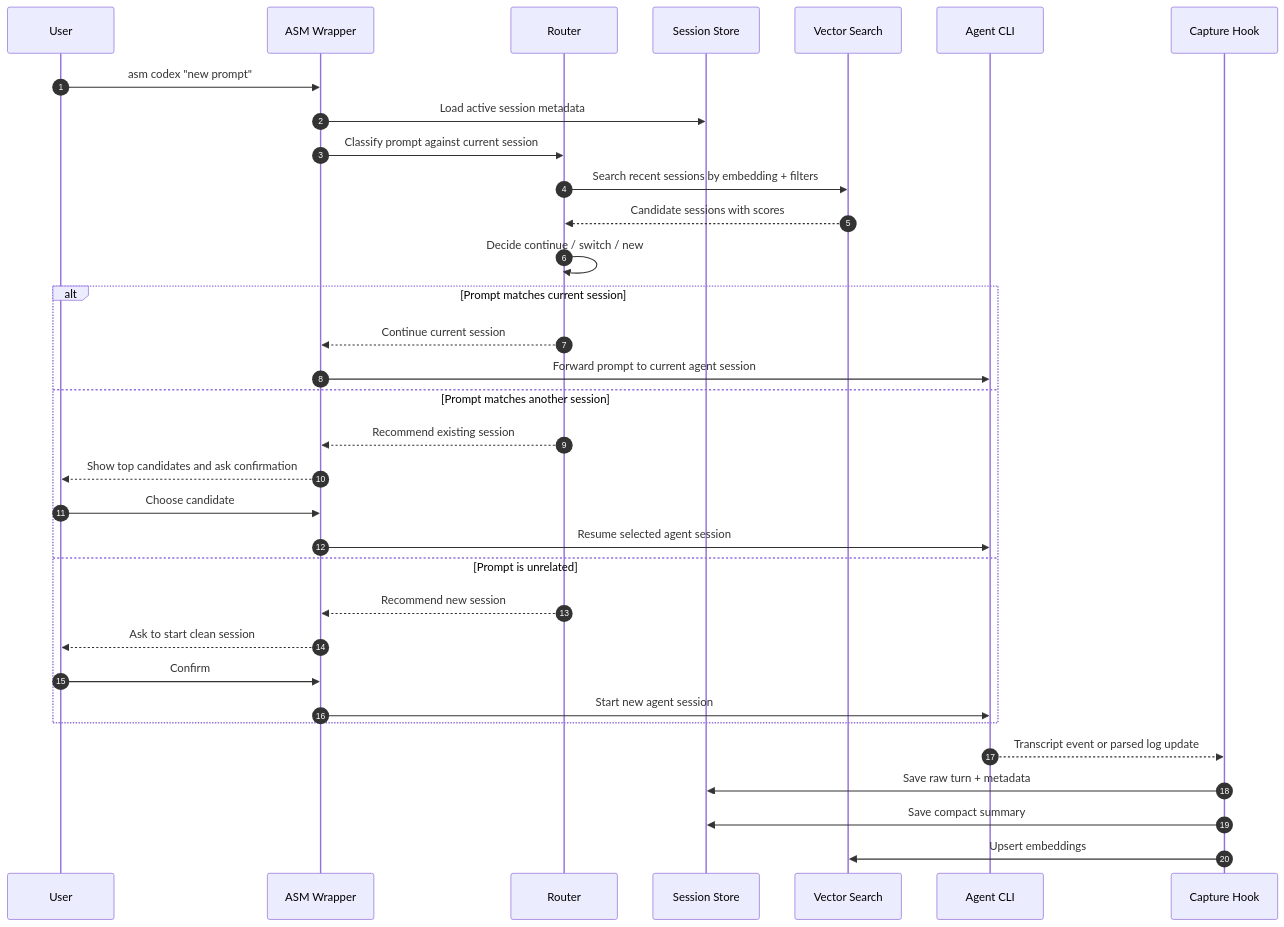
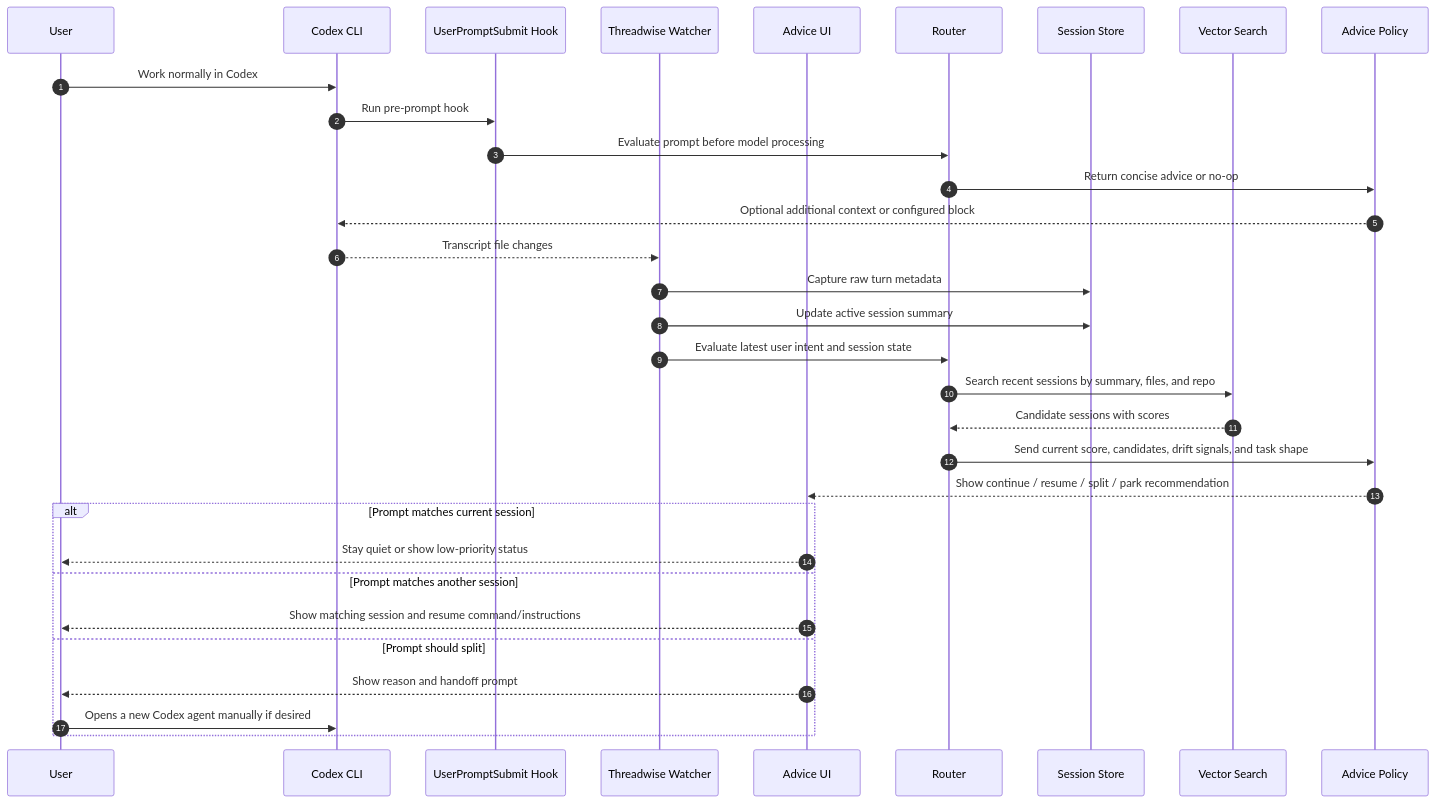
One commit to amir-h-rassafi/threadwise changed the second of 4 diagrams in docs/architecture.md. Above: the diagram before and after it, drawn with Mermaid. The commit also changed other lines of this file and 1 other file, not shown here.

````diff
--- a/docs/architecture.md
+++ b/docs/architecture.md
@@ -47,38 +84,36 @@
 ```mermaid
 sequenceDiagram
     autonumber
     participant U as User
-    participant W as ASM Wrapper
+    participant A as Codex CLI
+    participant H as UserPromptSubmit Hook
+    participant W as Threadwise Watcher
+    participant UI as Advice UI
     participant R as Router
     participant S as Session Store
     participant V as Vector Search
-    participant A as Agent CLI
-    participant C as Capture Hook
+    participant P as Advice Policy
 
-    U->>W: asm codex "new prompt"
-    W->>S: Load active session metadata
-    W->>R: Classify prompt against current session
-    R->>V: Search recent sessions by embedding + filters
+    U->>A: Work normally in Codex
+    A->>H: Run pre-prompt hook
+    H->>R: Evaluate prompt before model processing
+    R->>P: Return concise advice or no-op
+    P-->>A: Optional additional context or configured block
+    A-->>W: Transcript file changes
+    W->>S: Capture raw turn metadata
+    W->>S: Update active session summary
+    W->>R: Evaluate latest user intent and session state
+    R->>V: Search recent sessions by summary, files, and repo
     V-->>R: Candidate sessions with scores
-    R->>R: Decide continue / switch / new
+    R->>P: Send current score, candidates, drift signals, and task shape
+    P-->>UI: Show continue / resume / split / park recommendation
 
     alt Prompt matches current session
-        R-->>W: Continue current session
-        W->>A: Forward prompt to current agent session
+        UI-->>U: Stay quiet or show low-priority status
     else Prompt matches another session
-        R-->>W: Recommend existing session
-        W-->>U: Show top candidates and ask confirmation
-        U->>W: Choose candidate
-        W->>A: Resume selected agent session
-    else Prompt is unrelated
-        R-->>W: Recommend new session
-        W-->>U: Ask to start clean session
-        U->>W: Confirm
-        W->>A: Start new agent session
+        UI-->>U: Show matching session and resume command/instructions
+    else Prompt should split
+        UI-->>U: Show reason and handoff prompt
+        U->>A: Opens a new Codex agent manually if desired
     end
-
-    A-->>C: Transcript event or parsed log update
-    C->>S: Save raw turn + metadata
-    C->>S: Save compact summary
-    C->>V: Upsert embeddings
 ```
````
